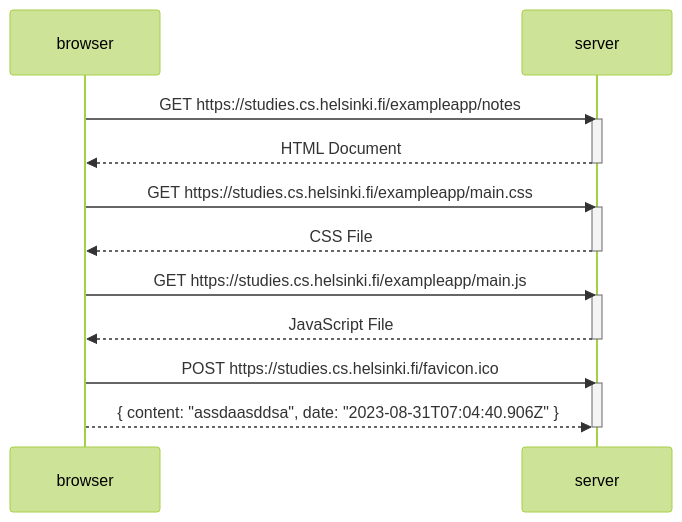
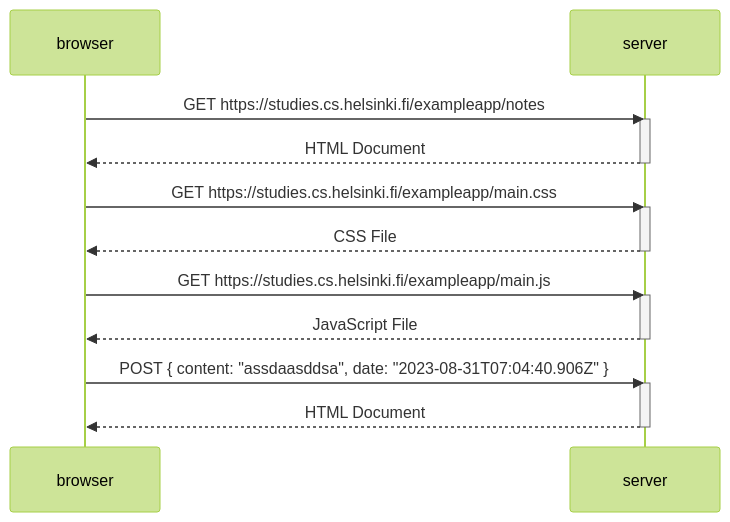
The diagram in part_0_4.md (valtteriper/FullstackOpen), drawn with Mermaid (forest theme) before and after one commit.

````diff
--- a/part_0_4.md
+++ b/part_0_4.md
@@ -1,26 +1,26 @@
 ```mermaid
 sequenceDiagram
     participant browser
     participant server
     
     browser->>server: GET https://studies.cs.helsinki.fi/exampleapp/notes
     activate server
     server-->>browser: HTML Document
     deactivate server
 
     browser->>server: GET https://studies.cs.helsinki.fi/exampleapp/main.css
     activate server
     server-->>browser: CSS File
     deactivate server
 
     browser->>server: GET https://studies.cs.helsinki.fi/exampleapp/main.js
     activate server
     server-->>browser: JavaScript File
     deactivate server
 
-    browser->>server: POST https://studies.cs.helsinki.fi/favicon.ico
+    browser->>server: POST { content: "assdaasddsa", date: "2023-08-31T07:04:40.906Z" }
     activate server
-    browser-->>server: { content: "assdaasddsa", date: "2023-08-31T07:04:40.906Z" }
+    server-->>browser: HTML Document
     deactivate server
 
 ```
````
